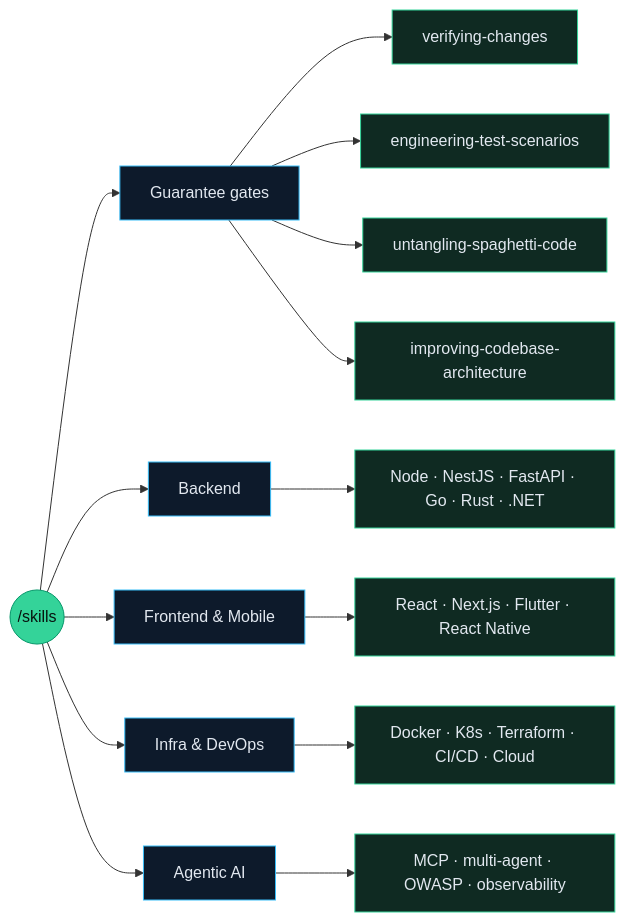
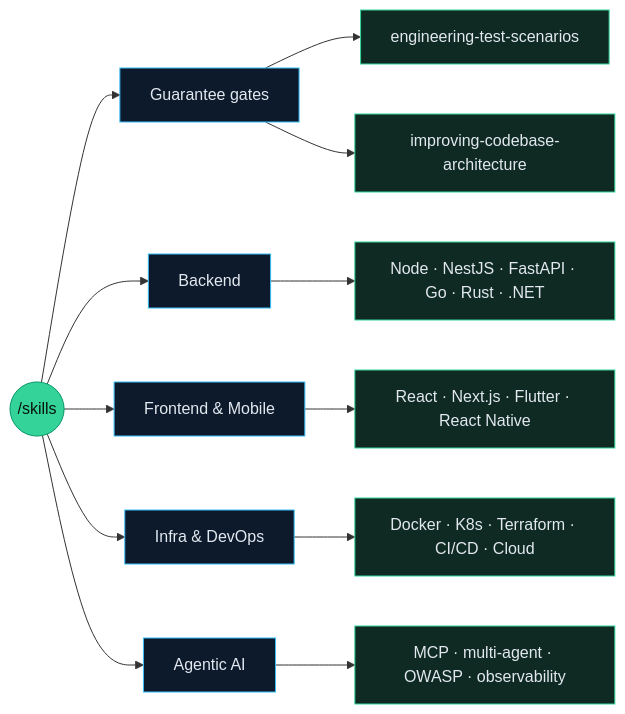
Before and after one commit to juninmd/skills: the second of 2 diagrams in README.md, drawn with Mermaid. The commit also changed other lines of this file and 651 other files, not shown here.

````diff
--- a/README.md
+++ b/README.md
@@ -108,25 +105,24 @@
 ```mermaid
 flowchart LR
     S(("/skills")) --> G["Guarantee gates"]
     S --> B["Backend"]
     S --> F["Frontend & Mobile"]
     S --> I["Infra & DevOps"]
     S --> A["Agentic AI"]
 
-    G --> G1["verifying-changes"]
-    G --> G2["engineering-test-scenarios"]
-    G --> G3["untangling-spaghetti-code"]
-    G --> G4["improving-codebase-architecture"]
+    G --> G1["engineering-test-scenarios"]
+    G --> G2["improving-codebase-architecture"]
 
     B --> B1["Node · NestJS · FastAPI · Go · Rust · .NET"]
     F --> F1["React · Next.js · Flutter · React Native"]
     I --> I1["Docker · K8s · Terraform · CI/CD · Cloud"]
     A --> A1["MCP · multi-agent · OWASP · observability"]
 
     classDef root fill:#34d399,stroke:#059669,color:#08130f;
     classDef cat fill:#0d1a2b,stroke:#38bdf8,color:#e2e8f0;
     classDef leaf fill:#0f2a22,stroke:#34d399,color:#e2e8f0;
     class S root;
     class G,B,F,I,A cat;
-    class G1,G2,G3,G4,B1,F1,I1,A1 leaf;
+    class G1,G2 leaf;
+    class B1,F1,I1,A1 leaf;
 ```
````
